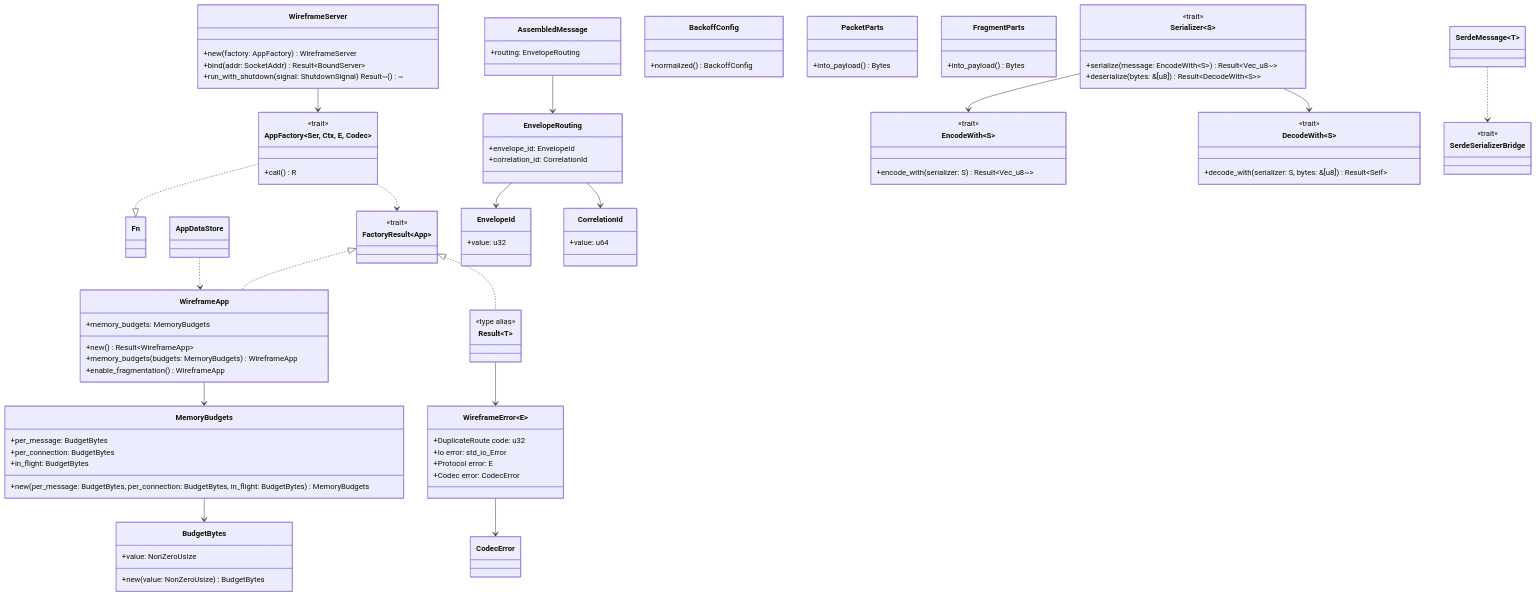
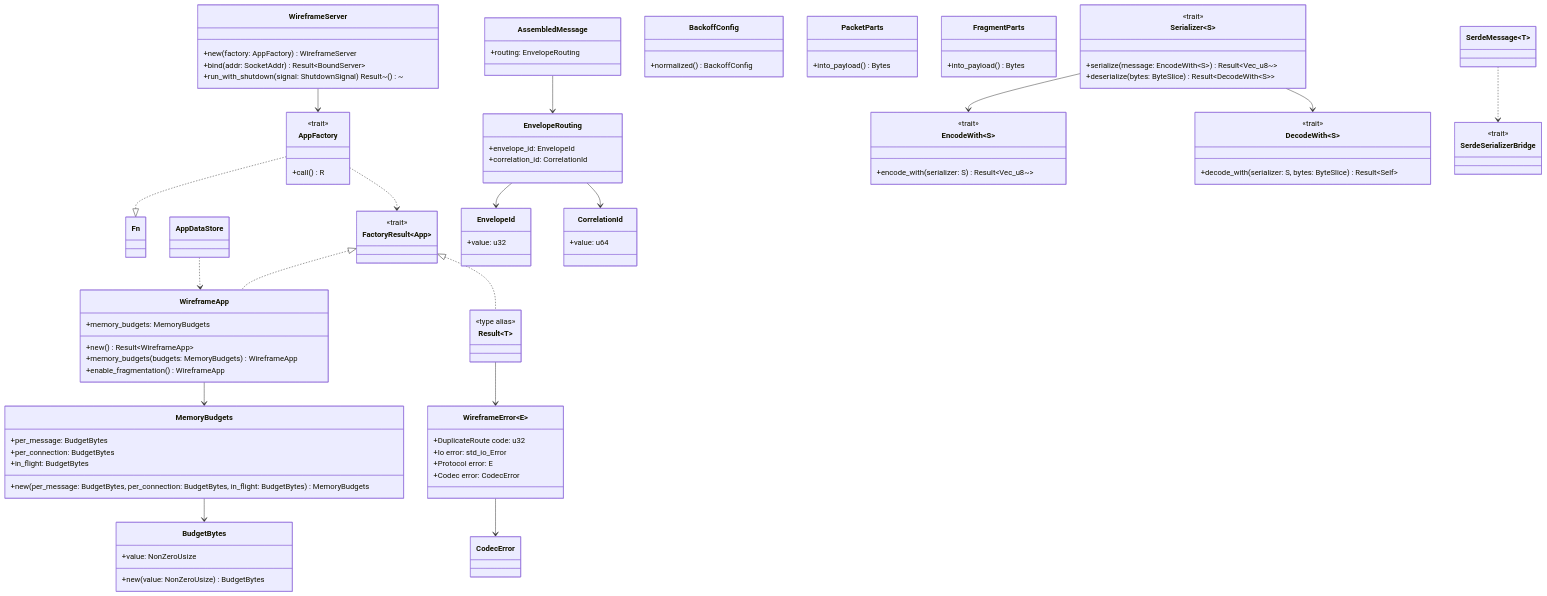
One commit to leynos/wireframe changed the first of 6 diagrams in docs/v0-2-0-to-v0-3-0-migration-guide.md. Above: the diagram before and after it, drawn with Mermaid. The commit also changed other lines of this file and 59 other files, not shown here.

```diff
--- a/docs/v0-2-0-to-v0-3-0-migration-guide.md
+++ b/docs/v0-2-0-to-v0-3-0-migration-guide.md
@@ -65,7 +65,7 @@
         +new(value: NonZeroUsize) BudgetBytes
     }
 
-    class AppFactory~Ser, Ctx, E, Codec~ {
+    class AppFactory {
         <<trait>>
         +call() R
     }
@@ -115,7 +115,7 @@
     class Serializer~S~ {
         <<trait>>
         +serialize(message: EncodeWith~S~) Result~Vec_u8~~
-        +deserialize(bytes: &[u8]) Result~DecodeWith~S~~
+        +deserialize(bytes: ByteSlice) Result~DecodeWith~S~~
     }
 
     class EncodeWith~S~ {
@@ -125,7 +125,7 @@
 
     class DecodeWith~S~ {
         <<trait>>
-        +decode_with(serializer: S, bytes: &[u8]) Result~Self~
+        +decode_with(serializer: S, bytes: ByteSlice) Result~Self~
     }
 
     class SerdeSerializerBridge {
```
